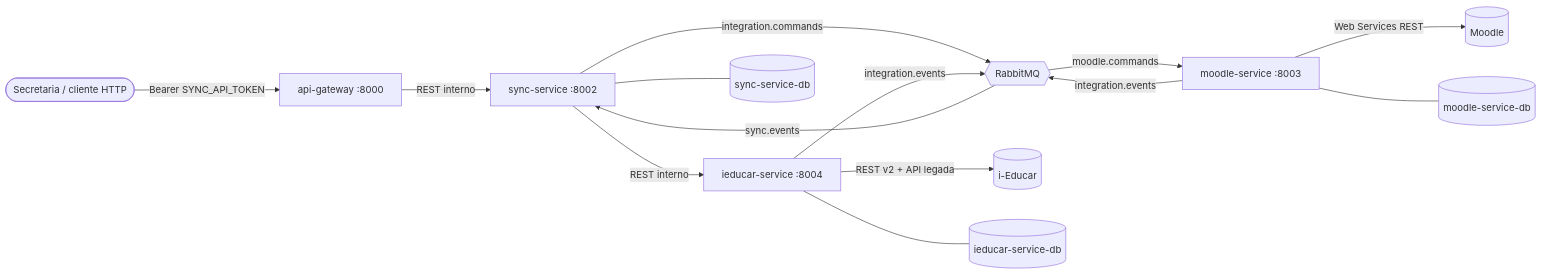
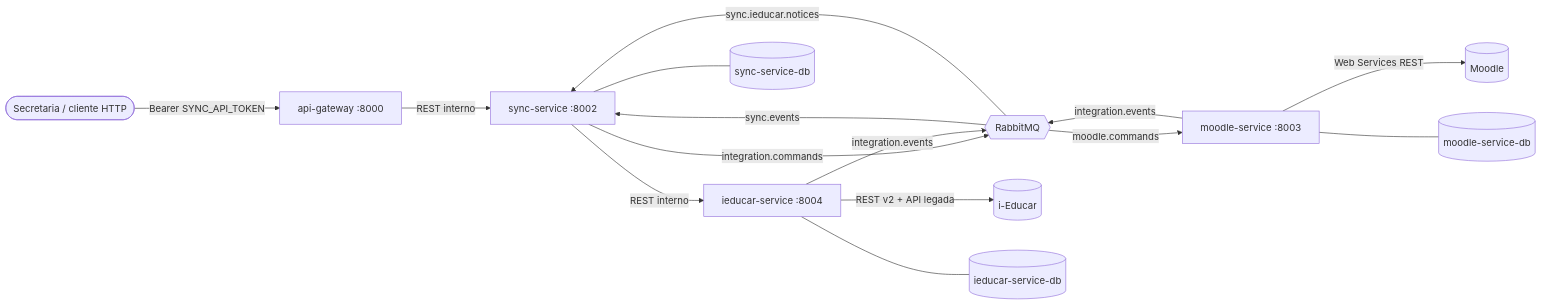
Before and after one commit to ecorrea70/T2-Projarq: the first of 2 diagrams in docs/architecture.md, drawn with Mermaid. The commit also changed other lines of this file and 23 other files, not shown here.

````diff
--- a/docs/architecture.md
+++ b/docs/architecture.md
@@ -19,28 +19,29 @@
 ```mermaid
 flowchart LR
   cliente(["Secretaria / cliente HTTP"])
   gw["api-gateway :8000"]
   sync["sync-service :8002"]
   ms["moodle-service :8003"]
   ies["ieducar-service :8004"]
   rmq{{"RabbitMQ"}}
   ieducar[("i-Educar")]
   moodle[("Moodle")]
   syncdb[("sync-service-db")]
   msdb[("moodle-service-db")]
   iesdb[("ieducar-service-db")]
 
   cliente -->|Bearer SYNC_API_TOKEN| gw
   gw -->|REST interno| sync
   sync -->|integration.commands| rmq
   rmq -->|moodle.commands| ms
   ms -->|integration.events| rmq
   rmq -->|sync.events| sync
+  rmq -->|sync.ieducar.notices| sync
   sync -->|REST interno| ies
   ies -->|REST v2 + API legada| ieducar
   ies -->|integration.events| rmq
   ms -->|Web Services REST| moodle
   sync --- syncdb
   ms --- msdb
   ies --- iesdb
 ```
````
